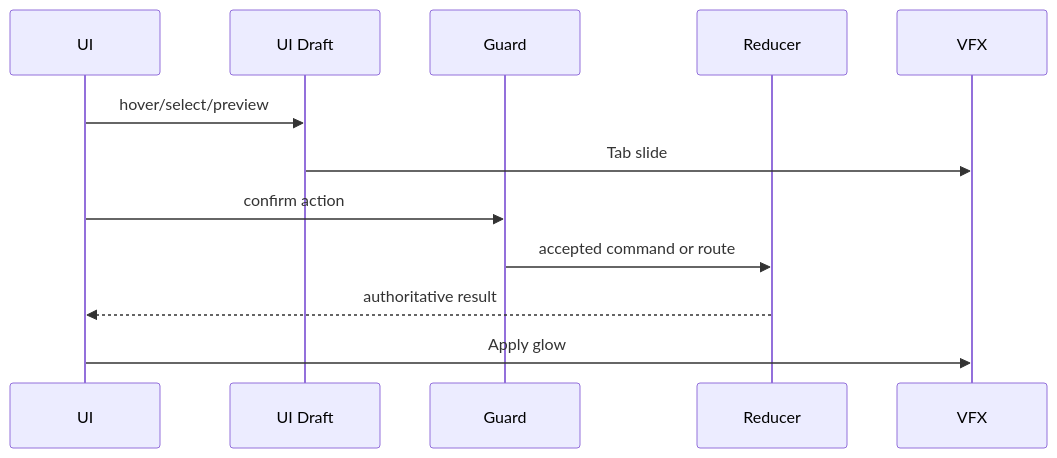
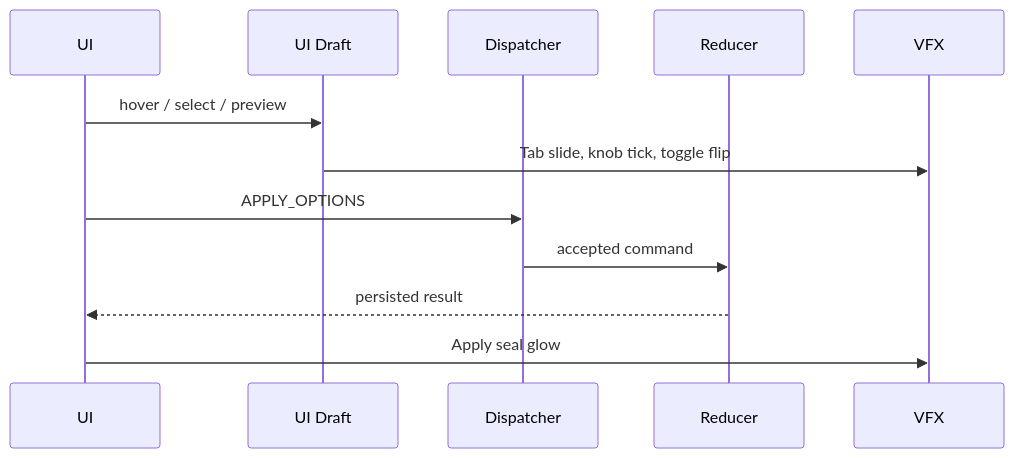
The fourth of 5 diagrams in docs/architecture/wiki/screens/56-options/architecture.md (SunaNoOshiro/Heroes_Reforged_AI_Realms), drawn with Mermaid before and after one commit. The commit also changed other lines of this file and 518 other files, not shown here.

First line of the commit message:
Add doc-audit skill and sweep architecture/screen docs

````diff
--- a/docs/architecture/wiki/screens/56-options/architecture.md
+++ b/docs/architecture/wiki/screens/56-options/architecture.md
@@ -52,14 +69,14 @@
 ```mermaid
 sequenceDiagram
   participant UI
   participant Draft as UI Draft
-  participant Guard
+  participant Guard as Dispatcher
   participant Reducer
   participant VFX
-  UI->>Draft: hover/select/preview
-  Draft->>VFX: Tab slide
-  UI->>Guard: confirm action
-  Guard->>Reducer: accepted command or route
-  Reducer-->>UI: authoritative result
-  UI->>VFX: Apply glow
+  UI->>Draft: hover / select / preview
+  Draft->>VFX: Tab slide, knob tick, toggle flip
+  UI->>Guard: APPLY_OPTIONS
+  Guard->>Reducer: accepted command
+  Reducer-->>UI: persisted result
+  UI->>VFX: Apply seal glow
 ```
````
